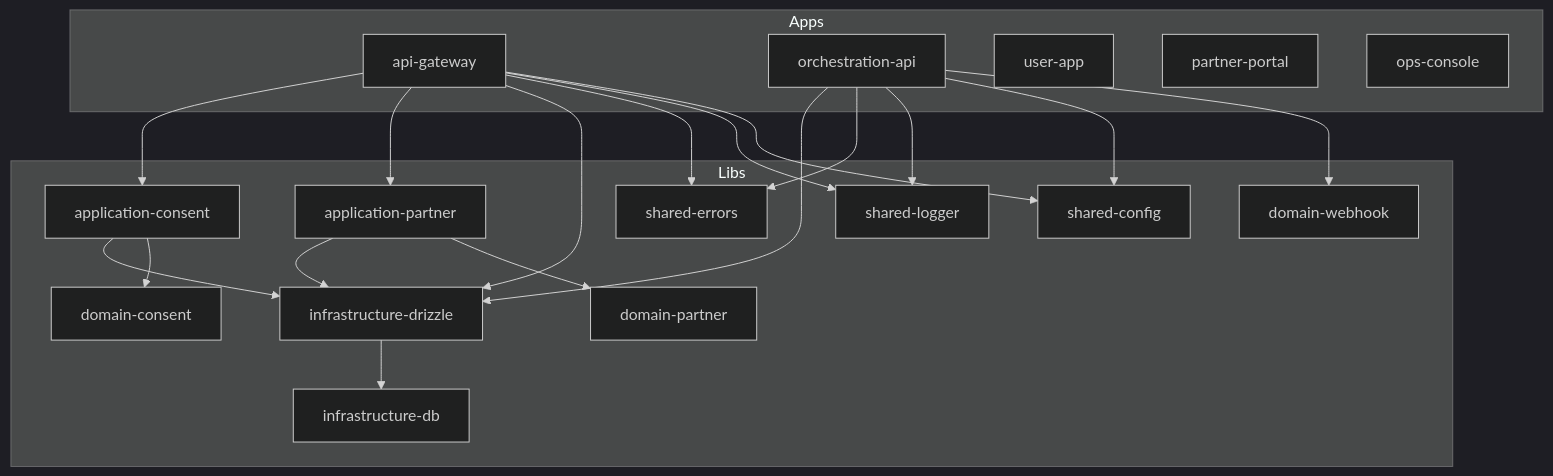
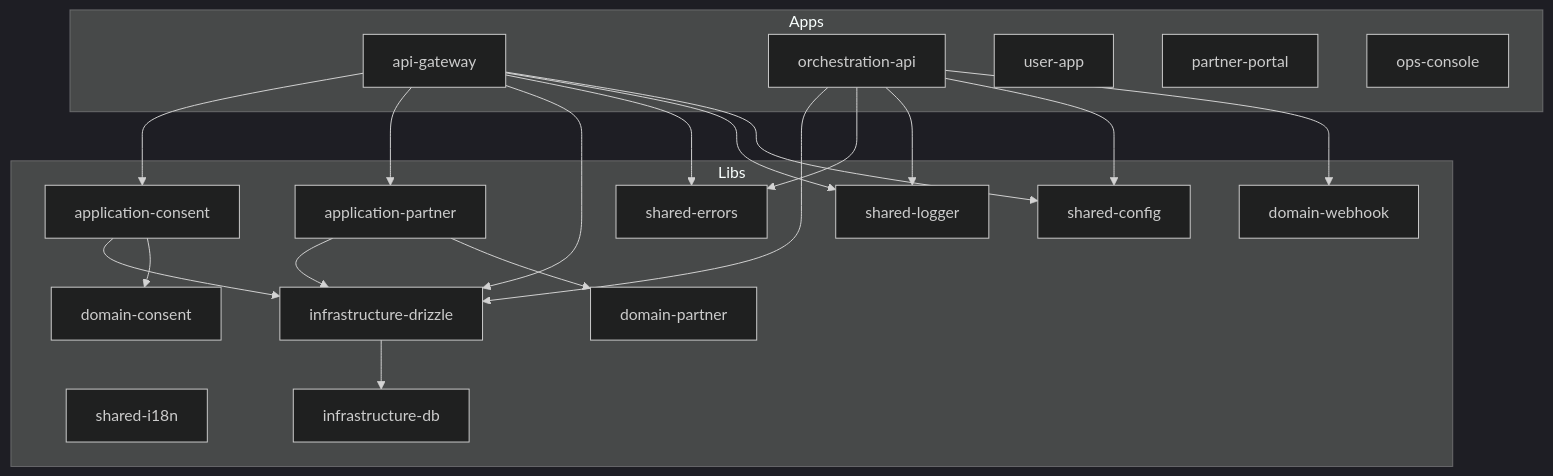
One commit to Yuri-Lima/Ultima-Forma-MVP changed the diagram in docs/architecture.md. Above: the diagram before and after it, drawn with Mermaid (dark theme). The commit also changed other lines of this file and 67 other files, not shown here.

````diff
--- a/docs/architecture.md
+++ b/docs/architecture.md
@@ -5,40 +5,41 @@
 ```mermaid
 flowchart TB
     subgraph apps [Apps]
         apiGW[api-gateway]
         orch[orchestration-api]
         userApp[user-app]
         partner[partner-portal]
         opsConsole[ops-console]
     end
 
     subgraph libs [Libs]
         config[shared-config]
         logger[shared-logger]
         errors[shared-errors]
+        i18n[shared-i18n]
         db[infrastructure-db]
         drizzle[infrastructure-drizzle]
         domainPartner[domain-partner]
         appPartner[application-partner]
         domainConsent[domain-consent]
         appConsent[application-consent]
         domainWebhook[domain-webhook]
     end
 
     apiGW --> config
     apiGW --> logger
     apiGW --> errors
     apiGW --> drizzle
     apiGW --> appPartner
     apiGW --> appConsent
     appPartner --> domainPartner
     appPartner --> drizzle
     appConsent --> domainConsent
     appConsent --> drizzle
     orch --> domainWebhook
     orch --> config
     orch --> logger
     orch --> errors
     orch --> drizzle
     drizzle --> db
 ```
````
